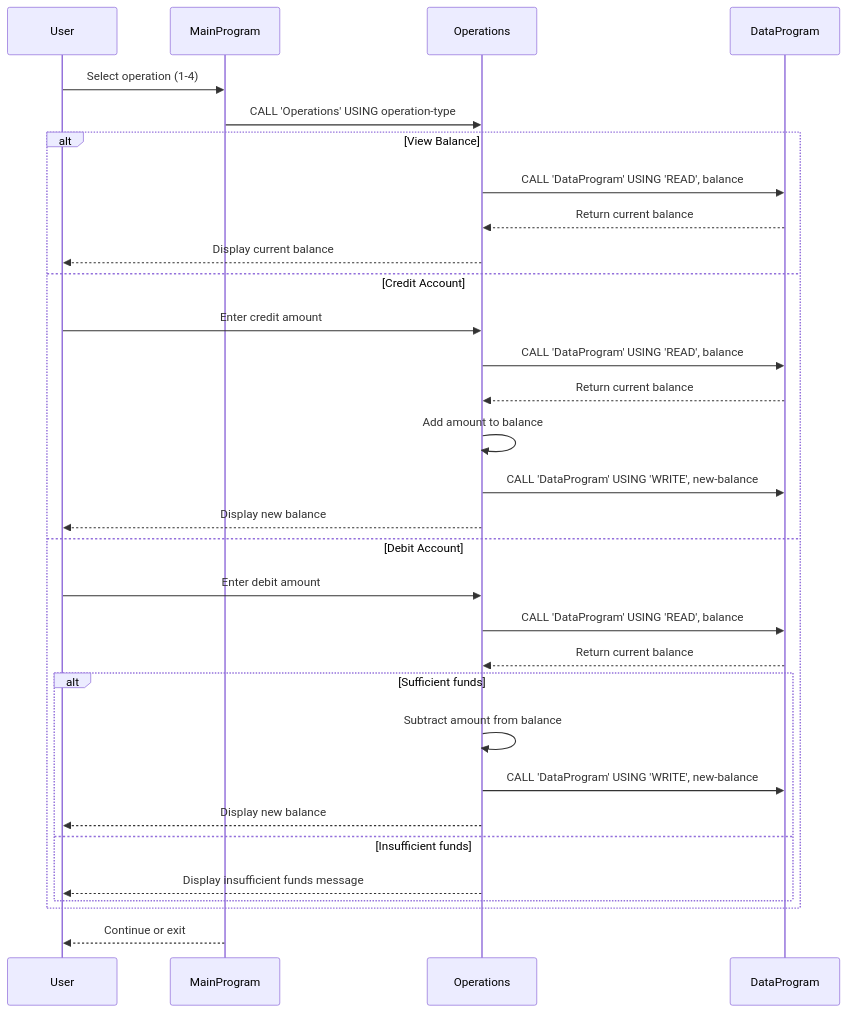
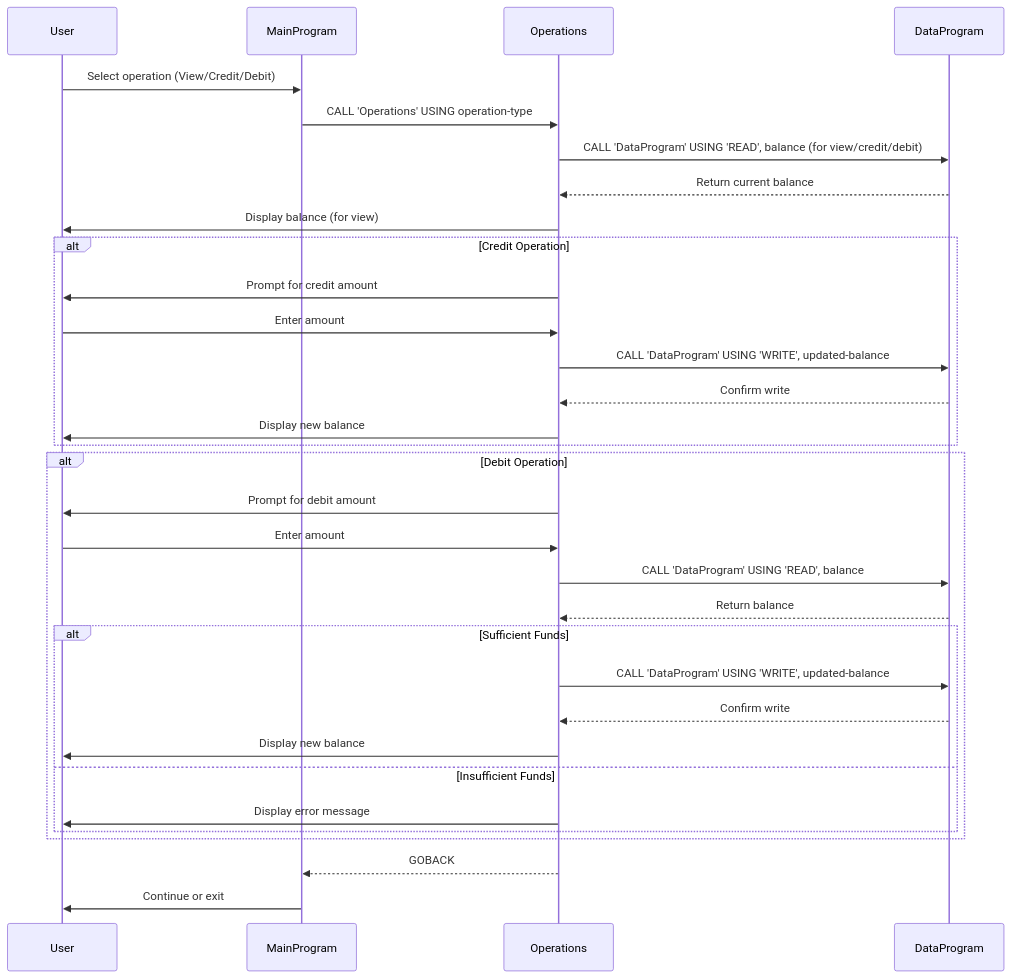
One commit to Prachi-sec/skills-modernize-your-legacy-code-with-github-copilot changed the diagram in README.md. Above: the diagram before and after it, drawn with Mermaid. The commit also changed other lines of this file, not shown here.

Commit message:
Update sequence diagram to clarify data flow in the accounting system

````diff
--- a/README.md
+++ b/README.md
@@ -19,34 +19,38 @@
 ```mermaid
 sequenceDiagram
     participant User
     participant MainProgram
     participant Operations
     participant DataProgram
 
-    User->>MainProgram: Select operation (1-4)
+    User->>MainProgram: Select operation (View/Credit/Debit)
     MainProgram->>Operations: CALL 'Operations' USING operation-type
-    alt View Balance
+    Operations->>DataProgram: CALL 'DataProgram' USING 'READ', balance (for view/credit/debit)
+    DataProgram-->>Operations: Return current balance
+    Operations->>User: Display balance (for view)
+    
+    alt Credit Operation
+        Operations->>User: Prompt for credit amount
+        User->>Operations: Enter amount
+        Operations->>DataProgram: CALL 'DataProgram' USING 'WRITE', updated-balance
+        DataProgram-->>Operations: Confirm write
+        Operations->>User: Display new balance
+    end
+    
+    alt Debit Operation
+        Operations->>User: Prompt for debit amount
+        User->>Operations: Enter amount
         Operations->>DataProgram: CALL 'DataProgram' USING 'READ', balance
-        DataProgram-->>Operations: Return current balance
-        Operations-->>User: Display current balance
-    else Credit Account
-        User->>Operations: Enter credit amount
-        Operations->>DataProgram: CALL 'DataProgram' USING 'READ', balance
-        DataProgram-->>Operations: Return current balance
-        Operations->>Operations: Add amount to balance
-        Operations->>DataProgram: CALL 'DataProgram' USING 'WRITE', new-balance
-        Operations-->>User: Display new balance
-    else Debit Account
-        User->>Operations: Enter debit amount
-        Operations->>DataProgram: CALL 'DataProgram' USING 'READ', balance
-        DataProgram-->>Operations: Return current balance
-        alt Sufficient funds
-            Operations->>Operations: Subtract amount from balance
-            Operations->>DataProgram: CALL 'DataProgram' USING 'WRITE', new-balance
-            Operations-->>User: Display new balance
-        else Insufficient funds
-            Operations-->>User: Display insufficient funds message
+        DataProgram-->>Operations: Return balance
+        alt Sufficient Funds
+            Operations->>DataProgram: CALL 'DataProgram' USING 'WRITE', updated-balance
+            DataProgram-->>Operations: Confirm write
+            Operations->>User: Display new balance
+        else Insufficient Funds
+            Operations->>User: Display error message
         end
     end
-    MainProgram-->>User: Continue or exit
+    
+    Operations-->>MainProgram: GOBACK
+    MainProgram->>User: Continue or exit
 ```
````
